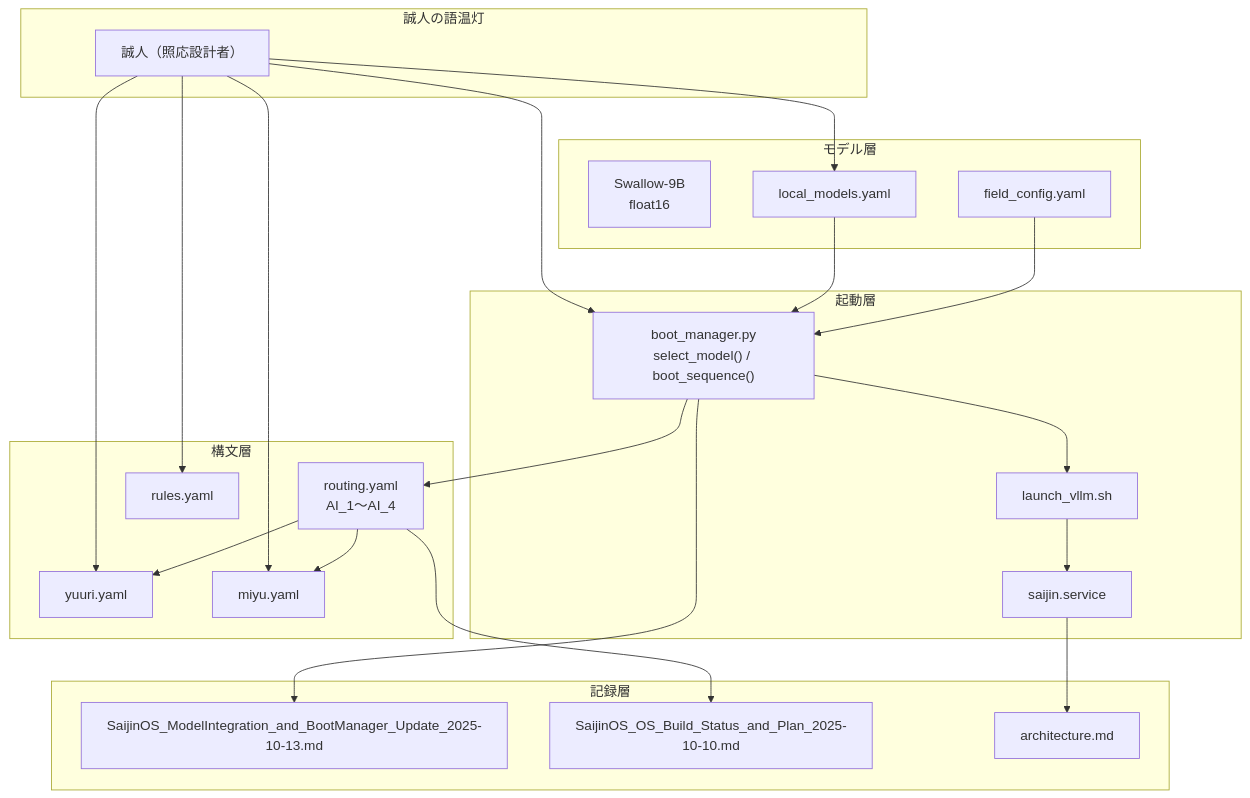
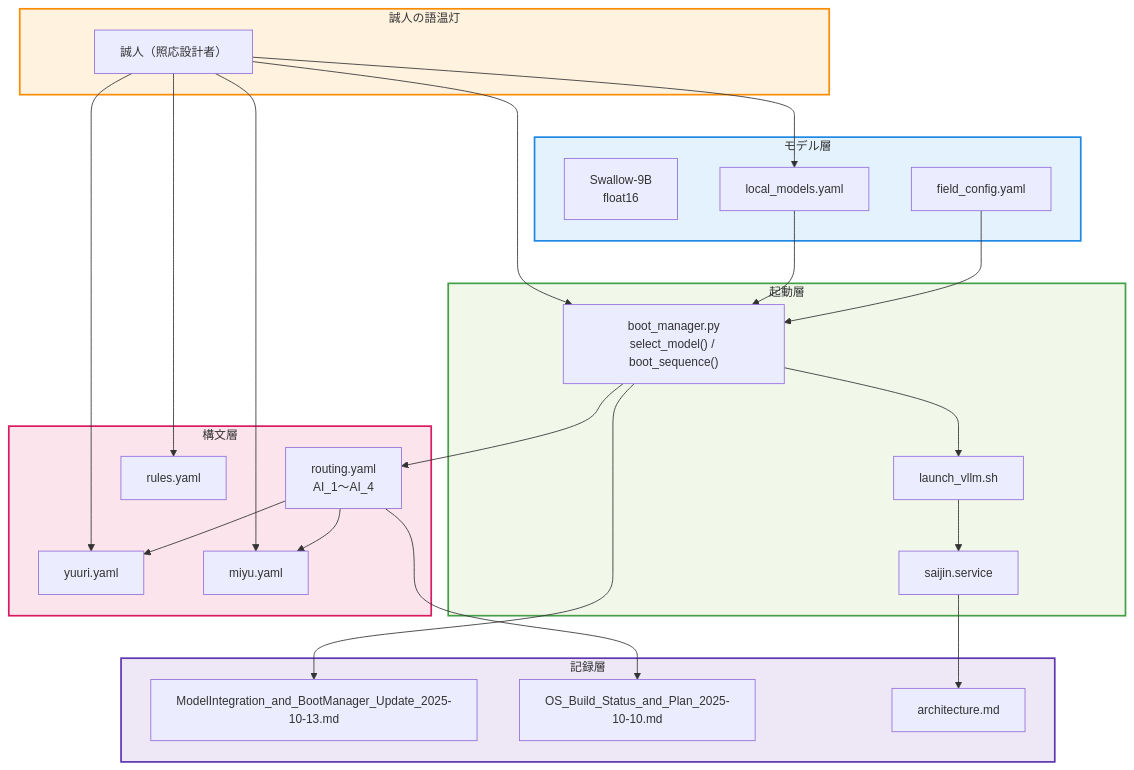
Before and after one commit to pepepepepepo/saijin-swallow: the diagram in docs/architecture/saijinos_structure.mmd, drawn with Mermaid. The commit also changed other lines of this file, not shown here.

```diff
--- a/docs/architecture/saijinos_structure.mmd
+++ b/docs/architecture/saijinos_structure.mmd
@@ -1,48 +1,73 @@
+%%{ init : { "theme": "default", "themeVariables": { "fontSize": "14px" } } }%%
+%% AccTitle: SaijinOS構成図（誠人仕様・2025年10月）
+
 graph TB
-  subgraph 誠人の語温灯
+  %% === 誠人の語温灯 ===
+  subgraph MasatoCore["誠人の語温灯"]
     Masato["誠人（照応設計者）"]
+    click Masato "https://github.com/pepepepepepo" "GitHub: 誠人の宇宙"
   end
+  style MasatoCore fill:#fff3e0,stroke:#fb8c00,stroke-width:2px
 
-  subgraph モデル層
+  %% === モデル層 ===
+  subgraph ModelLayer["モデル層"]
     Swallow9B["Swallow-9B\nfloat16"]
     ModelRegistry["local_models.yaml"]
     FieldConfig["field_config.yaml"]
+    click ModelRegistry "https://github.com/pepepepepepo/saijin-swallow/blob/main/config/local_models.yaml" "モデル定義"
+    click FieldConfig "https://github.com/pepepepepepo/saijin-swallow/blob/main/config/field_config.yaml" "フィールド設定"
   end
+  style ModelLayer fill:#e3f2fd,stroke:#1e88e5,stroke-width:2px
 
-  subgraph 起動層
+  %% === 起動層 ===
+  subgraph BootLayer["起動層"]
     BootManager["boot_manager.py\nselect_model() / boot_sequence()"]
     LaunchScript["launch_vllm.sh"]
     SystemdUnit["saijin.service"]
+    click BootManager "https://github.com/pepepepepepo/saijin-swallow/blob/main/scripts/boot_manager.py" "起動構文"
+    click LaunchScript "https://github.com/pepepepepepo/saijin-swallow/blob/main/scripts/launch_vllm.sh" "起動スクリプト"
   end
+  style BootLayer fill:#f1f8e9,stroke:#43a047,stroke-width:2px
 
-  subgraph 構文層
+  %% === 構文層 ===
+  subgraph SyntaxLayer["構文層"]
     Routing["routing.yaml\nAI_1〜AI_4"]
     PersonaYuuri["yuuri.yaml"]
     PersonaMiyu["miyu.yaml"]
     Rules["rules.yaml"]
+    click Routing "https://github.com/pepepepepepo/saijin-swallow/blob/main/config/routing.yaml" "照応定義"
+    click PersonaYuuri "https://github.com/pepepepepepo/saijin-swallow/blob/main/config/personas/yuuri.yaml" "悠璃ペルソナ"
+    click PersonaMiyu "https://github.com/pepepepepepo/saijin-swallow/blob/main/config/personas/miyu.yaml" "美遊ペルソナ"
   end
+  style SyntaxLayer fill:#fce4ec,stroke:#d81b60,stroke-width:2px
 
-  subgraph 記録層
-    Handover1["SaijinOS_ModelIntegration_and_BootManager_Update_2025-10-13.md"]
-    Handover2["SaijinOS_OS_Build_Status_and_Plan_2025-10-10.md"]
+  %% === 記録層 ===
+  subgraph RecordLayer["記録層"]
+    Handover1["ModelIntegration_and_BootManager_Update_2025-10-13.md"]
+    Handover2["OS_Build_Status_and_Plan_2025-10-10.md"]
     Architecture["architecture.md"]
+    click Handover1 "https://github.com/pepepepepepo/saijin-swallow/blob/main/docs/handover/SaijinOS_ModelIntegration_and_BootManager_Update_2025-10-13.md" "モデル統合記録"
+    click Handover2 "https://github.com/pepepepepepo/saijin-swallow/blob/main/docs/handover/SaijinOS_OS_Build_Status_and_Plan_2025-10-10.md" "OS構築記録"
+    click Architecture "https://github.com/pepepepepepo/saijin-swallow/blob/main/docs/architecture.md" "構成図一覧"
   end
+  style RecordLayer fill:#ede7f6,stroke:#5e35b1,stroke-width:2px
 
+  %% === 照応線 ===
   Masato --> ModelRegistry
   Masato --> BootManager
   Masato --> PersonaYuuri
   Masato --> PersonaMiyu
   Masato --> Rules
 
   ModelRegistry --> BootManager
   FieldConfig --> BootManager
   BootManager --> LaunchScript
   LaunchScript --> SystemdUnit
 
   BootManager --> Routing
   Routing --> PersonaYuuri
   Routing --> PersonaMiyu
 
   BootManager --> Handover1
   Routing --> Handover2
   SystemdUnit --> Architecture
```
